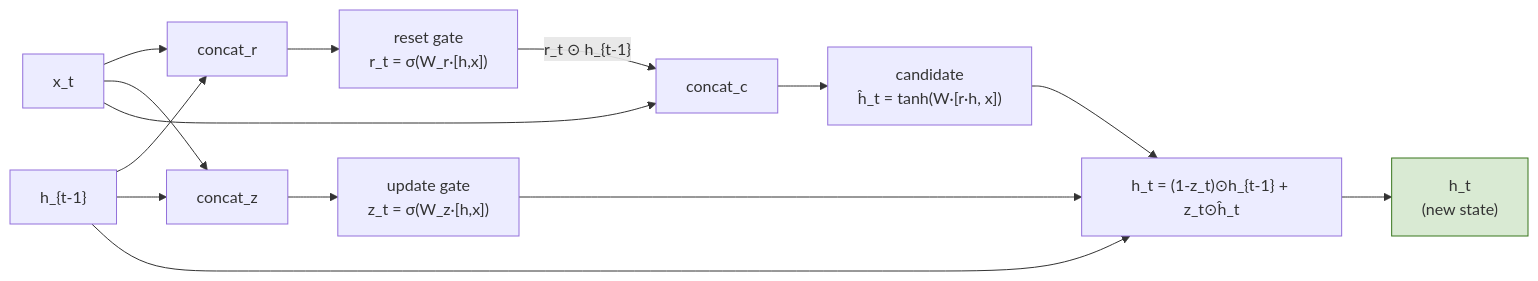
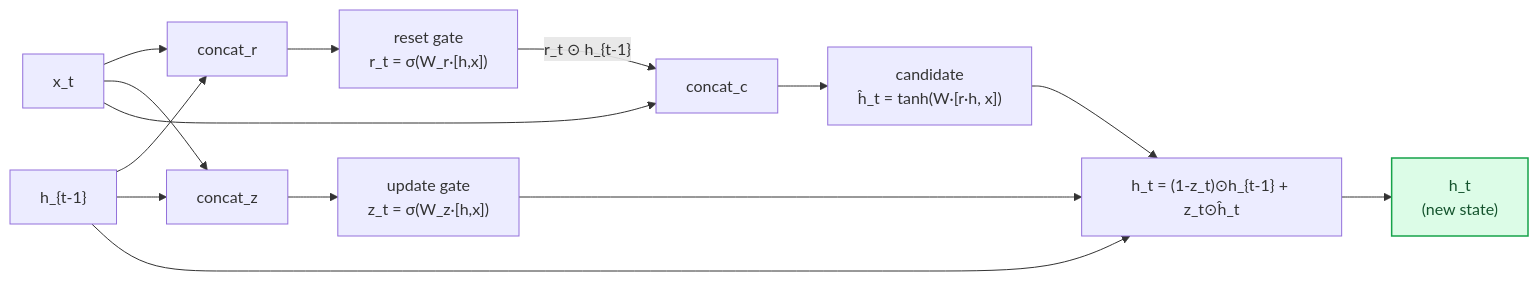
One commit to vushesh-008/Building_LLM_from_scratch changed the third of 6 diagrams in transformers_basics/00_Foundations_and_Pre_Transformers/00a_RNN_Era_and_Attention.md. Above: the diagram before and after it, drawn with Mermaid. The commit also changed other lines of this file, not shown here.

Commit message:
docs: clarify RNN parameter sharing, BPTT accumulation, and dark mode diagram contrast in 00a

````diff
--- a/transformers_basics/00_Foundations_and_Pre_Transformers/00a_RNN_Era_and_Attention.md
+++ b/transformers_basics/00_Foundations_and_Pre_Transformers/00a_RNN_Era_and_Attention.md
@@ -297,18 +309,18 @@
 ```mermaid
 flowchart LR
     xt["x_t"] --> concat_r & concat_z & concat_c
     ht_prev["h_{t-1}"] --> concat_r & concat_z
 
     concat_r --> rg["reset gate\nr_t = σ(W_r·[h,x])"]
     concat_z --> zg["update gate\nz_t = σ(W_z·[h,x])"]
 
     rg --"r_t ⊙ h_{t-1}"--> concat_c
     concat_c --> cand["candidate\nĥ_t = tanh(W·[r·h, x])"]
 
     zg --> interp["h_t = (1-z_t)⊙h_{t-1} + z_t⊙ĥ_t"]
     ht_prev --> interp
     cand --> interp
     interp --> ht["h_t\n(new state)"]
 
-    style ht fill:#d9ead3,stroke:#38761d
+    style ht fill:#dcfce7,stroke:#16a34a,stroke-width:1.5px,color:#14532d
 ```
````
